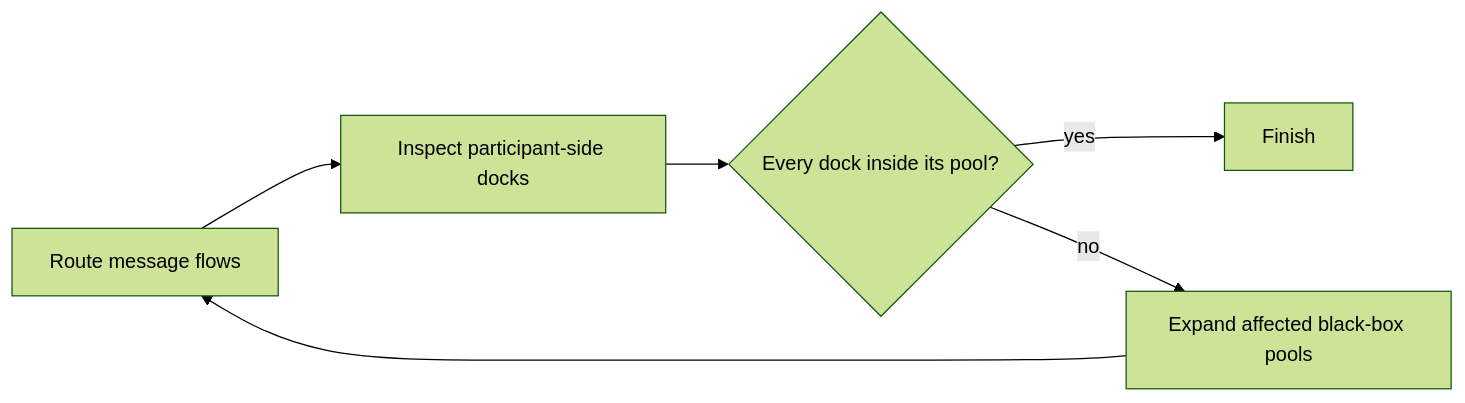
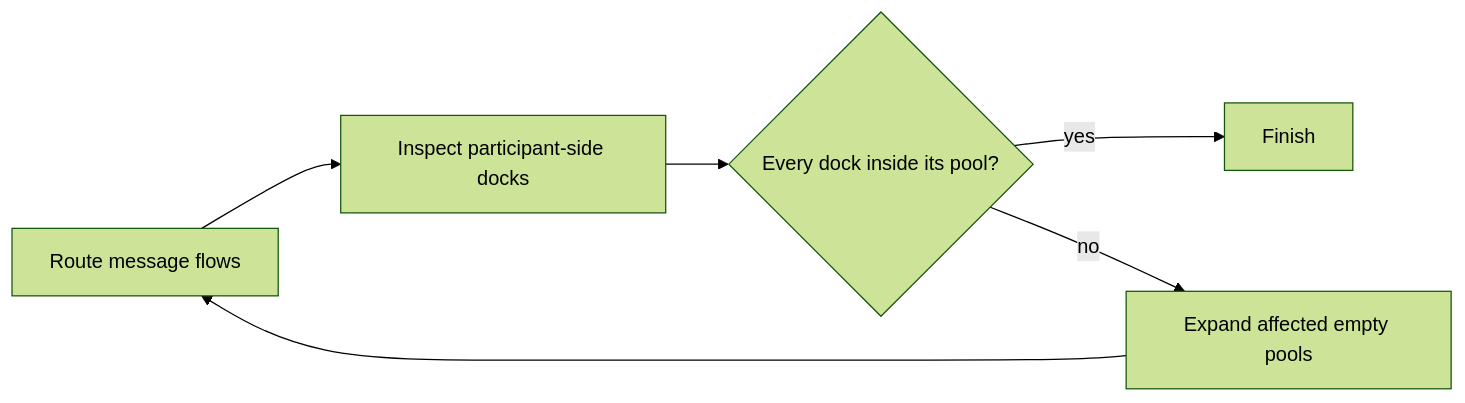
Before and after one commit to bpmn-io/bpmn-auto-layout: the third of 3 diagrams in docs/LAYOUT.md, drawn with Mermaid (forest theme). The commit also changed other lines of this file and 6 other files, not shown here.

````diff
--- a/docs/LAYOUT.md
+++ b/docs/LAYOUT.md
@@ -392,8 +395,8 @@
 ```mermaid
 flowchart LR
     A["Route message flows"] --> B["Inspect participant-side docks"]
     B --> C{"Every dock inside its pool?"}
     C -->|yes| D["Finish"]
-    C -->|no| E["Expand affected black-box pools"]
+    C -->|no| E["Expand affected empty pools"]
     E --> A
 ```
````
